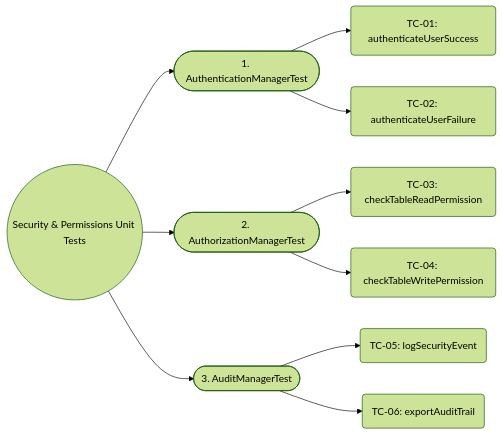
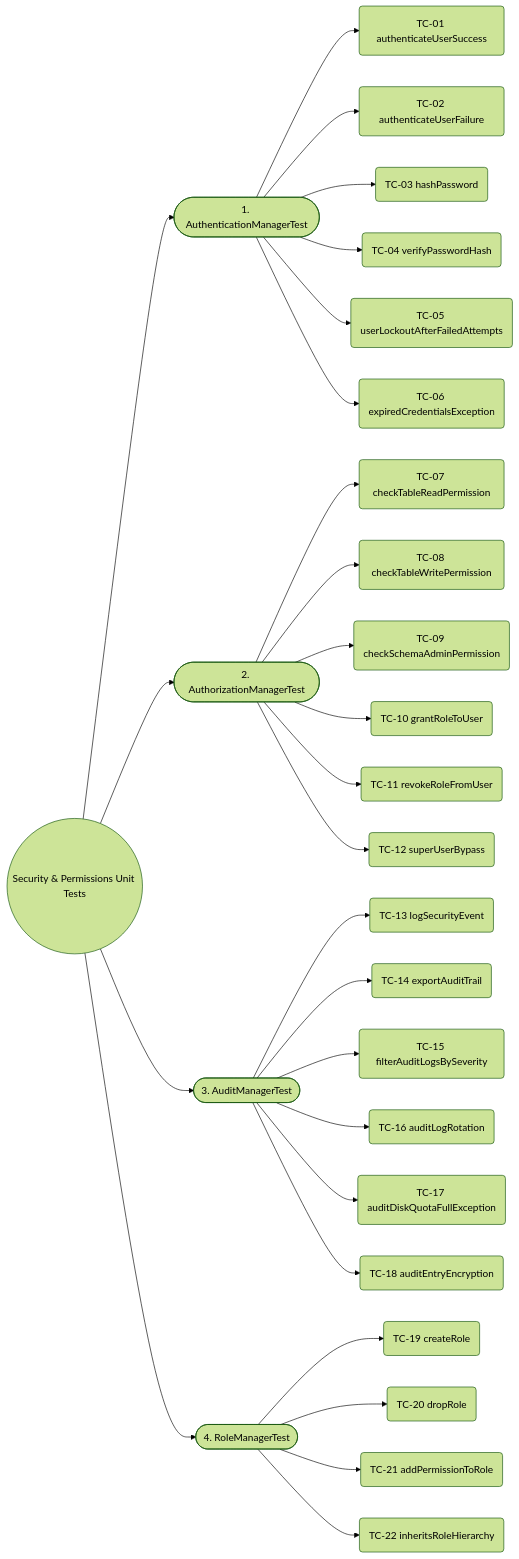
One commit to Dikhang1112/Database_Management_BBV changed the eighth of 11 diagrams in docs/unit_test/README.md. Above: the diagram before and after it, drawn with Mermaid (forest theme). The commit also changed other lines of this file and 6 other files, not shown here.

Commit message:
Add docs sequece diagram and scenario testcase

````diff
--- a/docs/unit_test/README.md
+++ b/docs/unit_test/README.md
@@ -400,21 +552,40 @@
 ```mermaid
 flowchart LR
     Root(("Security & Permissions Unit Tests"))
 
     Cat1(["1. AuthenticationManagerTest"])
     Cat2(["2. AuthorizationManagerTest"])
     Cat3(["3. AuditManagerTest"])
+    Cat4(["4. RoleManagerTest"])
 
     Root --> Cat1
     Root --> Cat2
     Root --> Cat3
+    Root --> Cat4
 
-    Cat1 --> TC01("TC-01: authenticateUserSuccess")
-    Cat1 --> TC02("TC-02: authenticateUserFailure")
+    Cat1 --> TC01("TC-01 authenticateUserSuccess")
+    Cat1 --> TC02("TC-02 authenticateUserFailure")
+    Cat1 --> TC03("TC-03 hashPassword")
+    Cat1 --> TC04("TC-04 verifyPasswordHash")
+    Cat1 --> TC05("TC-05 userLockoutAfterFailedAttempts")
+    Cat1 --> TC06("TC-06 expiredCredentialsException")
 
-    Cat2 --> TC03("TC-03: checkTableReadPermission")
-    Cat2 --> TC04("TC-04: checkTableWritePermission")
+    Cat2 --> TC07("TC-07 checkTableReadPermission")
+    Cat2 --> TC08("TC-08 checkTableWritePermission")
+    Cat2 --> TC09("TC-09 checkSchemaAdminPermission")
+    Cat2 --> TC10("TC-10 grantRoleToUser")
+    Cat2 --> TC11("TC-11 revokeRoleFromUser")
+    Cat2 --> TC12("TC-12 superUserBypass")
 
-    Cat3 --> TC05("TC-05: logSecurityEvent")
-    Cat3 --> TC06("TC-06: exportAuditTrail")
+    Cat3 --> TC13("TC-13 logSecurityEvent")
+    Cat3 --> TC14("TC-14 exportAuditTrail")
+    Cat3 --> TC15("TC-15 filterAuditLogsBySeverity")
+    Cat3 --> TC16("TC-16 auditLogRotation")
+    Cat3 --> TC17("TC-17 auditDiskQuotaFullException")
+    Cat3 --> TC18("TC-18 auditEntryEncryption")
+
+    Cat4 --> TC19("TC-19 createRole")
+    Cat4 --> TC20("TC-20 dropRole")
+    Cat4 --> TC21("TC-21 addPermissionToRole")
+    Cat4 --> TC22("TC-22 inheritsRoleHierarchy")
 ```
````
